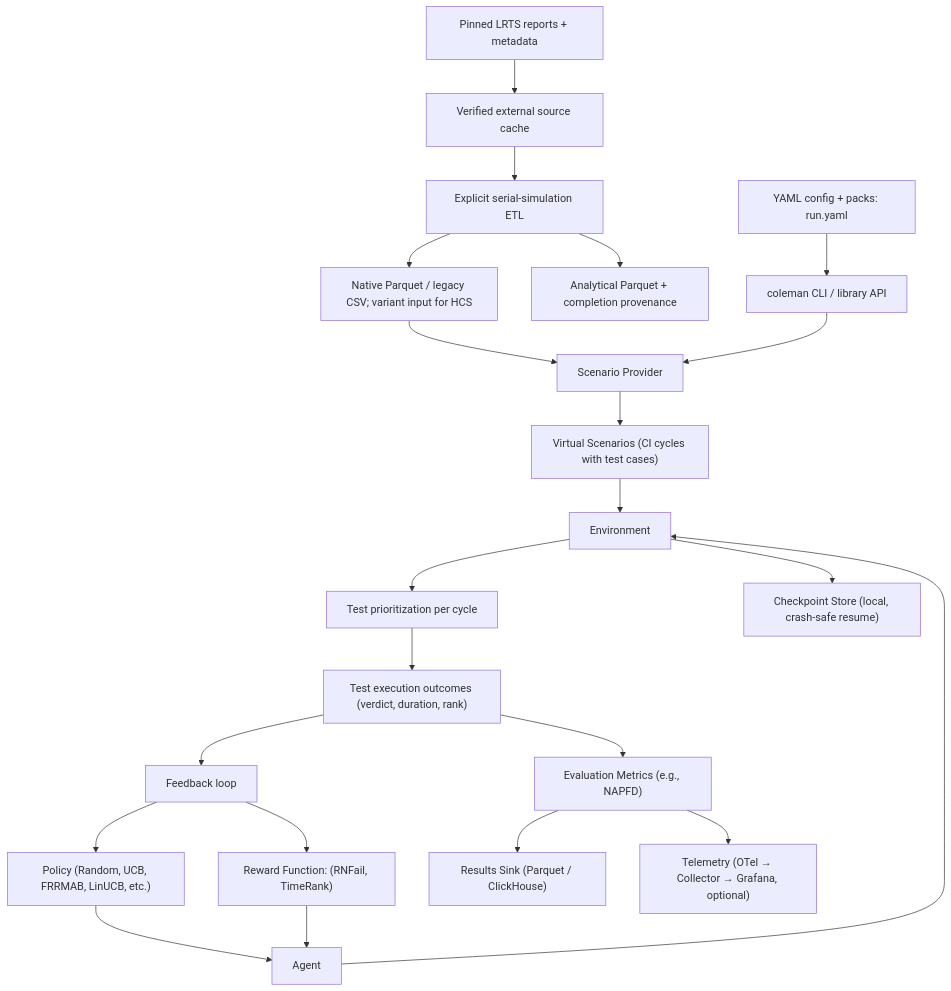
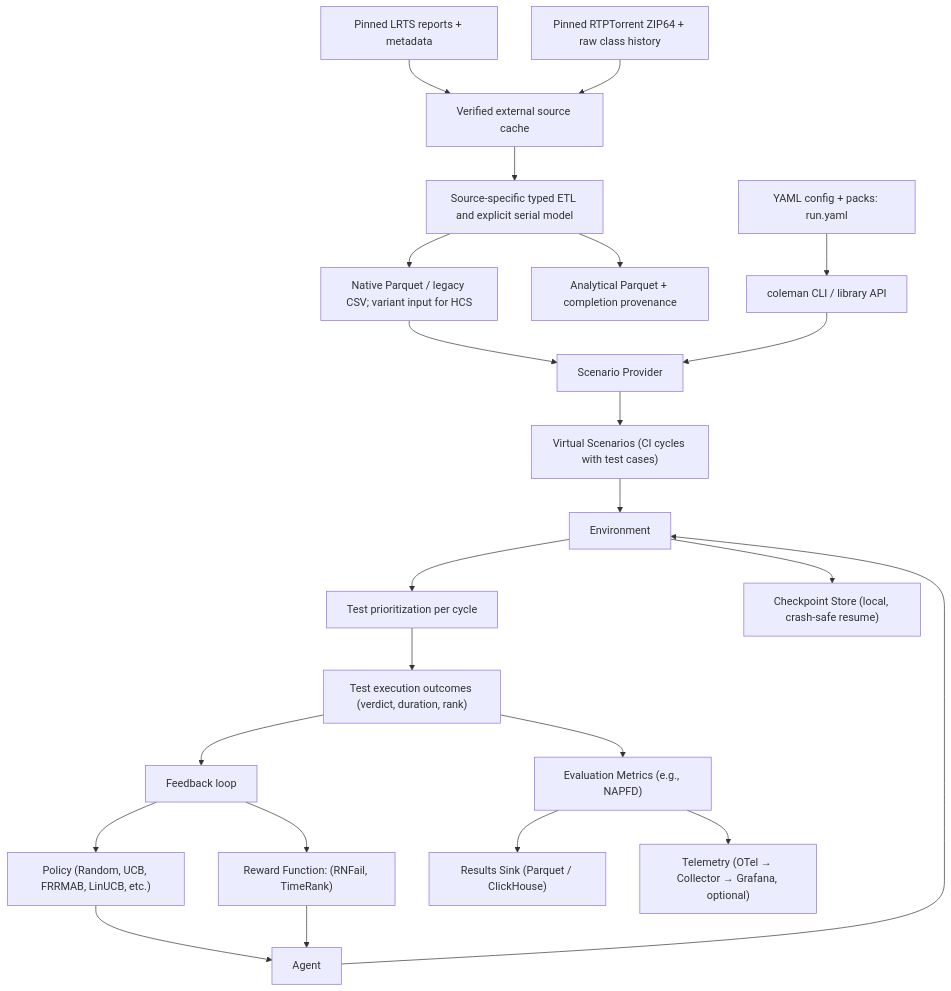
The diagram in README.md (jacksonpradolima/coleman4hcs), drawn with Mermaid before and after one commit. The commit also changed other lines of this file and 36 other files, not shown here.

````diff
--- a/README.md
+++ b/README.md
@@ -728,29 +736,30 @@
 ```mermaid
 flowchart TD
     A[YAML config + packs: run.yaml] --> B[coleman CLI / library API]
     R[Pinned LRTS reports + metadata] --> S[Verified external source cache]
-    S --> T[Explicit serial-simulation ETL]
+    V[Pinned RTPTorrent ZIP64 + raw class history] --> S
+    S --> T[Source-specific typed ETL and explicit serial model]
     T --> U[Analytical Parquet + completion provenance]
     T --> C["Native Parquet / legacy CSV; variant input for HCS"]
     C --> D[Scenario Provider]
     B --> D
 
     D --> E["Virtual Scenarios (CI cycles with test cases)"]
     E --> F[Environment]
 
     G["Policy (Random, UCB, FRRMAB, LinUCB, etc.)"] --> H[Agent]
     I["Reward Function: (RNFail, TimeRank)"] --> H
     H --> F
 
     F --> J[Test prioritization per cycle]
     J --> K["Test execution outcomes (verdict, duration, rank)"]
     K --> L["Evaluation Metrics (e.g., NAPFD)"]
     L --> M["Results Sink (Parquet / ClickHouse)"]
     L --> P["Telemetry (OTel → Collector → Grafana, optional)"]
 
     F --> Q["Checkpoint Store (local, crash-safe resume)"]
 
     K --> O[Feedback loop]
     O --> I
     O --> G
 ```
````
